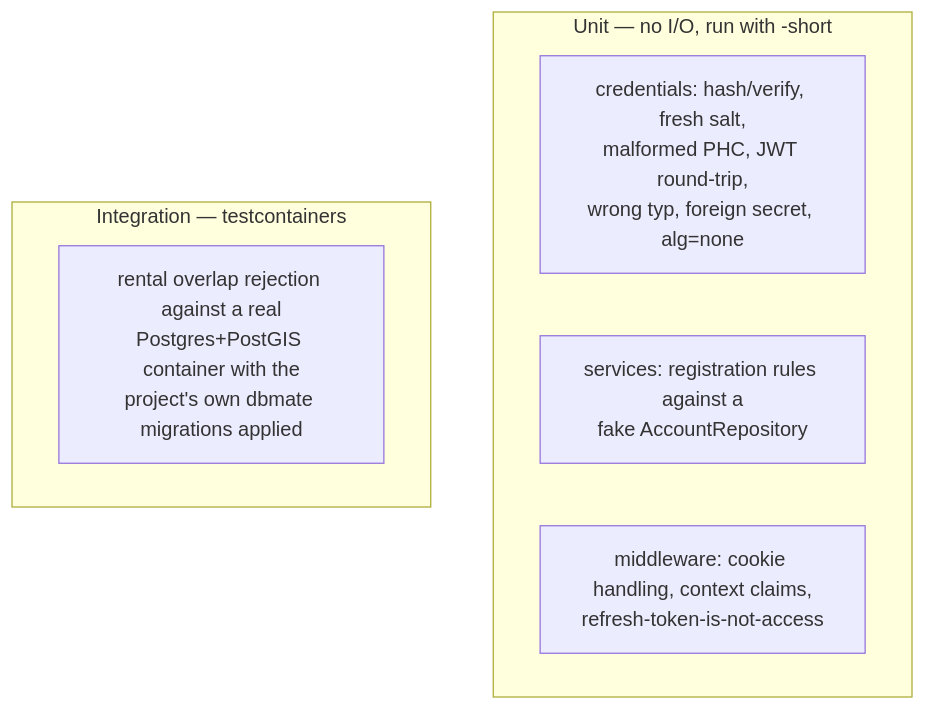
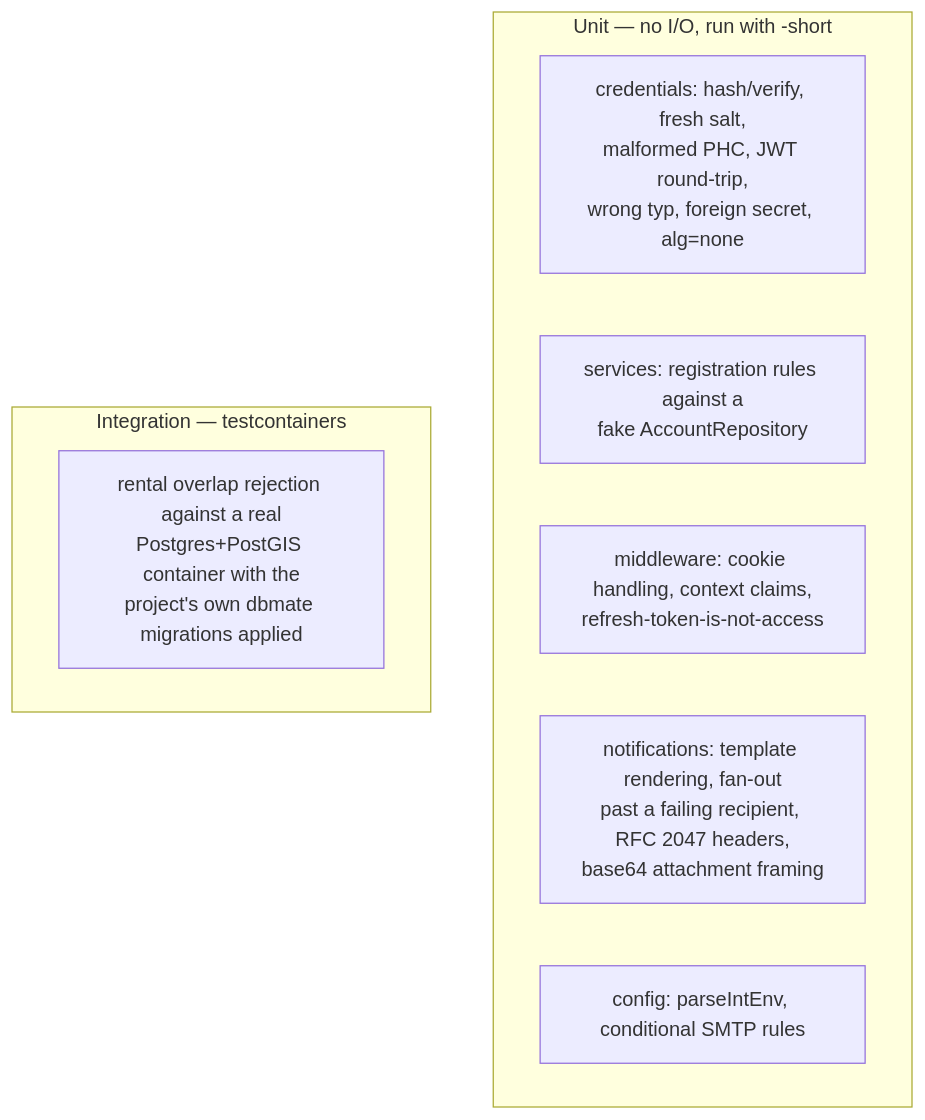
One commit to Neue-Konzepte-BaaS/backend changed diagram 14 of 16 in ARCHITECTURE.md. Above: the diagram before and after it, drawn with Mermaid. The commit also changed other lines of this file and 22 other files, not shown here.

````diff
--- a/ARCHITECTURE.md
+++ b/ARCHITECTURE.md
@@ -633,11 +699,13 @@
 ```mermaid
 graph TD
     subgraph "Unit — no I/O, run with -short"
         U1["credentials: hash/verify, fresh salt,<br/>malformed PHC, JWT round-trip,<br/>wrong typ, foreign secret, alg=none"]
         U2["services: registration rules against a<br/>fake AccountRepository"]
         U3["middleware: cookie handling, context claims,<br/>refresh-token-is-not-access"]
+        U4["notifications: template rendering, fan-out<br/>past a failing recipient, RFC 2047 headers,<br/>base64 attachment framing"]
+        U5["config: parseIntEnv, conditional SMTP rules"]
     end
     subgraph "Integration — testcontainers"
         I1["rental overlap rejection against a real<br/>Postgres+PostGIS container with the<br/>project's own dbmate migrations applied"]
     end
 ```
````
